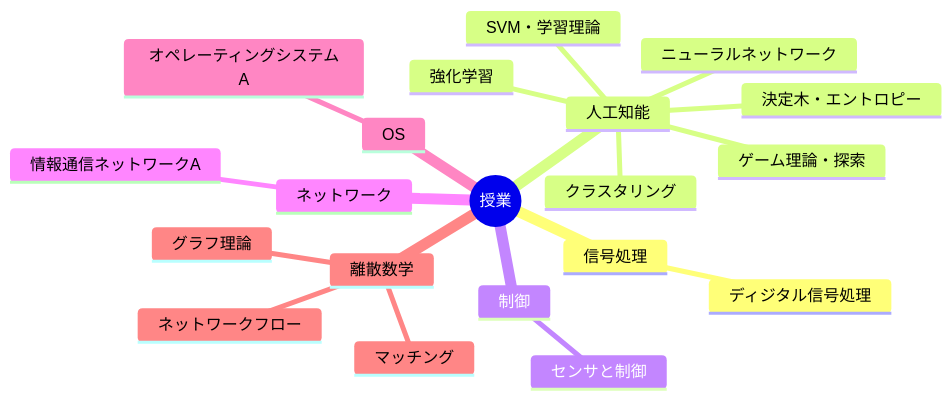
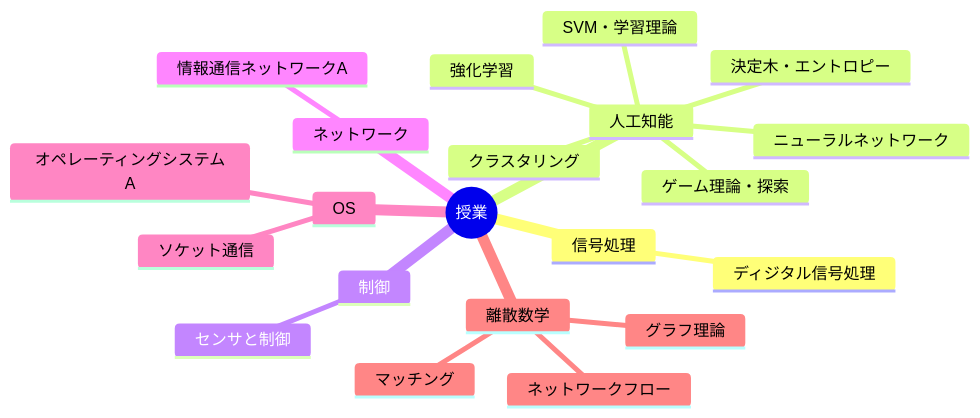
Before and after one commit to 97kuek/obsidian-vault: the diagram in 20_Areas/授業/【MOC】授業.md, drawn with Mermaid. The commit also changed other lines of this file and 25 other files, not shown here.

````diff
--- a/20_Areas/授業/【MOC】授業.md
+++ b/20_Areas/授業/【MOC】授業.md
@@ -13,23 +13,24 @@
 ```mermaid
 mindmap
   root(("授業"))
     信号処理
       ディジタル信号処理
     人工知能
       ゲーム理論・探索
       決定木・エントロピー
       強化学習
       クラスタリング
       ニューラルネットワーク
       SVM・学習理論
     制御
       センサと制御
     ネットワーク
       情報通信ネットワークA
     OS
       オペレーティングシステムA
+      ソケット通信
     離散数学
       グラフ理論
       ネットワークフロー
       マッチング
 ```
````
